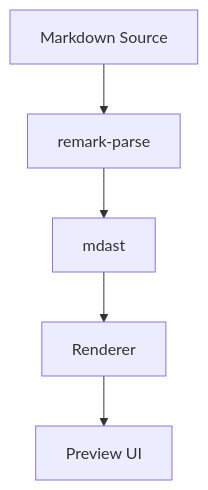
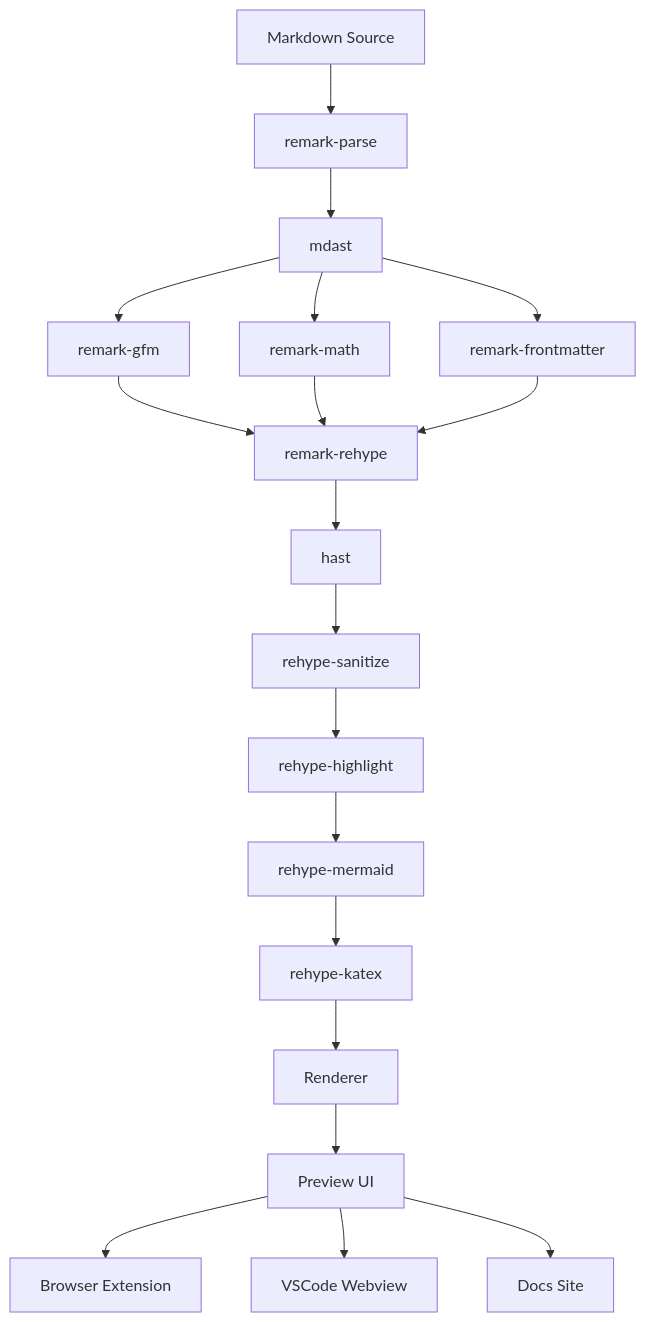
One commit to share-man-man/scribdown changed the first of 4 diagrams in apps/docs/ui-design/markdown-fixture.md. Above: the diagram before and after it, drawn with Mermaid. The commit also changed other lines of this file and 2 other files, not shown here.

First line of the commit message:
fix(markdown): mermaid 图表按容器等比适配，避免节点多时被压缩

````diff
--- a/apps/docs/ui-design/markdown-fixture.md
+++ b/apps/docs/ui-design/markdown-fixture.md
@@ -360,7 +360,21 @@
 ```mermaid
 flowchart TD
     A[Markdown Source] --> B[remark-parse]
     B --> C[mdast]
-    C --> D[Renderer]
-    D --> E[Preview UI]
+    C --> D[remark-gfm]
+    C --> E[remark-math]
+    C --> F[remark-frontmatter]
+    D --> G[remark-rehype]
+    E --> G
+    F --> G
+    G --> H[hast]
+    H --> I[rehype-sanitize]
+    I --> J[rehype-highlight]
+    J --> K[rehype-mermaid]
+    K --> L[rehype-katex]
+    L --> M[Renderer]
+    M --> N[Preview UI]
+    N --> O[Browser Extension]
+    N --> P[VSCode Webview]
+    N --> Q[Docs Site]
 ```
````
